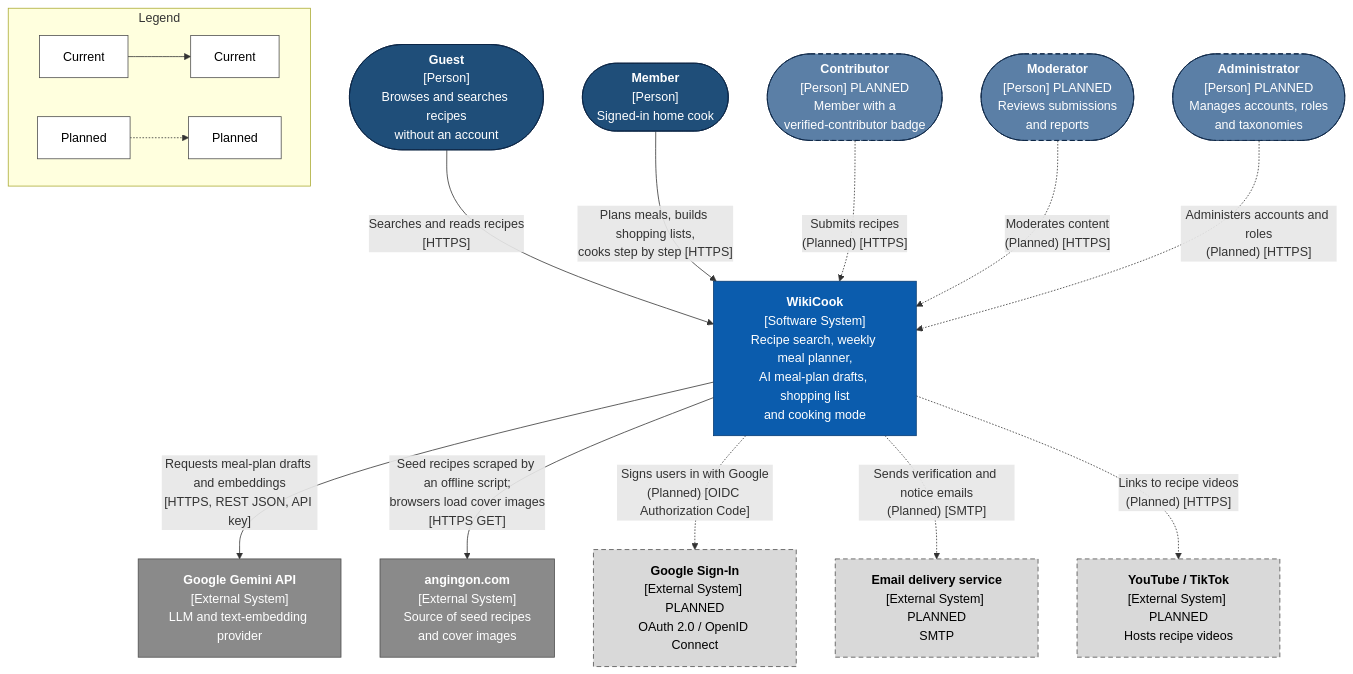
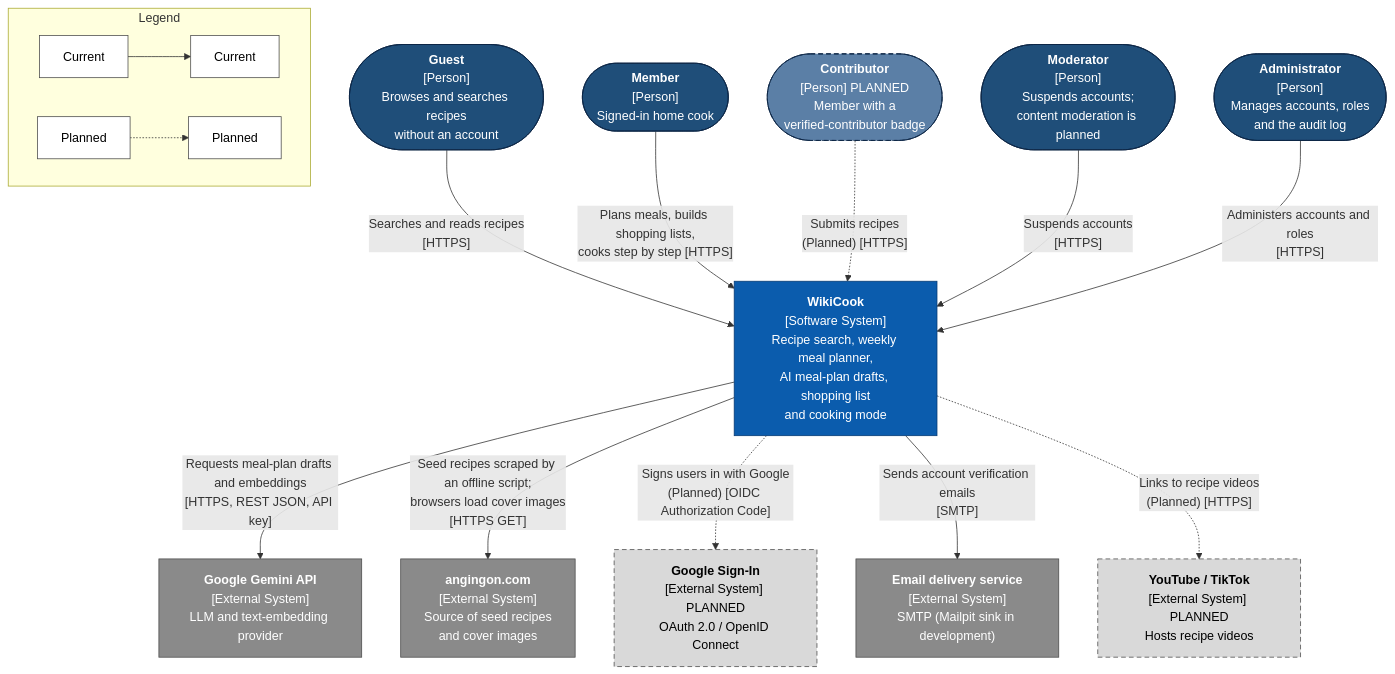
The diagram in docs/analysis-and-design/architecture.md (ThanhDu14/WikiCook), drawn with Mermaid before and after one commit. The commit also changed other lines of this file, not shown here.

Commit message:
docs(architecture): mark auth as current after SCRUM-74 merge (SCRUM-80)

````diff
--- a/docs/analysis-and-design/architecture.md
+++ b/docs/analysis-and-design/architecture.md
@@ -51,48 +51,48 @@
 ```mermaid
 flowchart TB
     GUEST(["<b>Guest</b><br/>[Person]<br/>Browses and searches recipes<br/>without an account"])
     MEMBER(["<b>Member</b><br/>[Person]<br/>Signed-in home cook"])
     CONTRIB(["<b>Contributor</b><br/>[Person] PLANNED<br/>Member with a<br/>verified-contributor badge"])
-    MOD(["<b>Moderator</b><br/>[Person] PLANNED<br/>Reviews submissions<br/>and reports"])
-    ADMIN(["<b>Administrator</b><br/>[Person] PLANNED<br/>Manages accounts, roles<br/>and taxonomies"])
+    MOD(["<b>Moderator</b><br/>[Person]<br/>Suspends accounts;<br/>content moderation is planned"])
+    ADMIN(["<b>Administrator</b><br/>[Person]<br/>Manages accounts, roles<br/>and the audit log"])
 
     WC["<b>WikiCook</b><br/>[Software System]<br/>Recipe search, weekly meal planner,<br/>AI meal-plan drafts, shopping list<br/>and cooking mode"]
 
     GEMINI["<b>Google Gemini API</b><br/>[External System]<br/>LLM and text-embedding provider"]
     SRC["<b>angingon.com</b><br/>[External System]<br/>Source of seed recipes<br/>and cover images"]
     GOOGLE["<b>Google Sign-In</b><br/>[External System] PLANNED<br/>OAuth 2.0 / OpenID Connect"]
-    MAIL["<b>Email delivery service</b><br/>[External System] PLANNED<br/>SMTP"]
+    MAIL["<b>Email delivery service</b><br/>[External System]<br/>SMTP (Mailpit sink in development)"]
     VIDEO["<b>YouTube / TikTok</b><br/>[External System] PLANNED<br/>Hosts recipe videos"]
 
     GUEST -->|"Searches and reads recipes<br/>[HTTPS]"| WC
     MEMBER -->|"Plans meals, builds shopping lists,<br/>cooks step by step [HTTPS]"| WC
     CONTRIB -.->|"Submits recipes<br/>(Planned) [HTTPS]"| WC
-    MOD -.->|"Moderates content<br/>(Planned) [HTTPS]"| WC
-    ADMIN -.->|"Administers accounts and roles<br/>(Planned) [HTTPS]"| WC
+    MOD -->|"Suspends accounts<br/>[HTTPS]"| WC
+    ADMIN -->|"Administers accounts and roles<br/>[HTTPS]"| WC
 
     WC -->|"Requests meal-plan drafts and embeddings<br/>[HTTPS, REST JSON, API key]"| GEMINI
     WC -->|"Seed recipes scraped by an offline script;<br/>browsers load cover images<br/>[HTTPS GET]"| SRC
     WC -.->|"Signs users in with Google<br/>(Planned) [OIDC Authorization Code]"| GOOGLE
-    WC -.->|"Sends verification and notice emails<br/>(Planned) [SMTP]"| MAIL
+    WC -->|"Sends account verification emails<br/>[SMTP]"| MAIL
     WC -.->|"Links to recipe videos<br/>(Planned) [HTTPS]"| VIDEO
 
     subgraph LEGEND["Legend"]
         direction LR
         L1["Current"] --> L2["Current"]
         L3["Planned"] -.-> L4["Planned"]
     end
 
     classDef person fill:#1f4e79,stroke:#0b2545,color:#ffffff
     classDef personPlanned fill:#5b7fa6,stroke:#0b2545,color:#ffffff,stroke-dasharray:6 4
     classDef system fill:#0b5cad,stroke:#073b73,color:#ffffff
     classDef ext fill:#8a8a8a,stroke:#4d4d4d,color:#ffffff
     classDef extPlanned fill:#d9d9d9,stroke:#4d4d4d,color:#000000,stroke-dasharray:6 4
     classDef legend fill:#ffffff,stroke:#4d4d4d,color:#000000
 
-    class GUEST,MEMBER person
-    class CONTRIB,MOD,ADMIN personPlanned
+    class GUEST,MEMBER,MOD,ADMIN person
+    class CONTRIB personPlanned
     class WC system
-    class GEMINI,SRC ext
-    class GOOGLE,MAIL,VIDEO extPlanned
+    class GEMINI,SRC,MAIL ext
+    class GOOGLE,VIDEO extPlanned
     class L1,L2,L3,L4 legend
 ```
````
